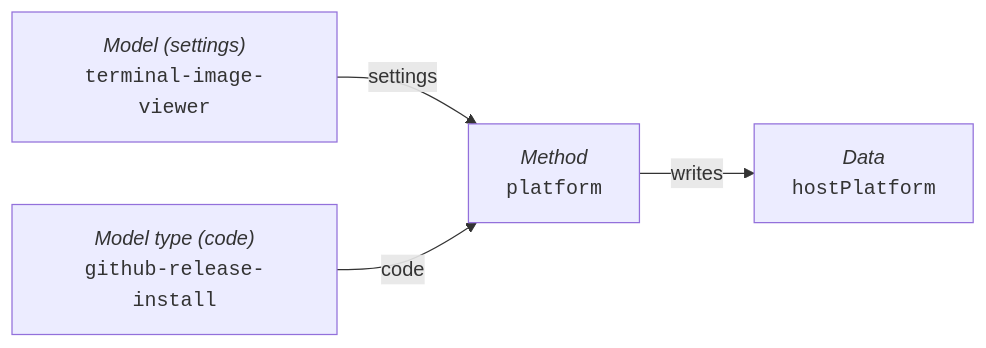
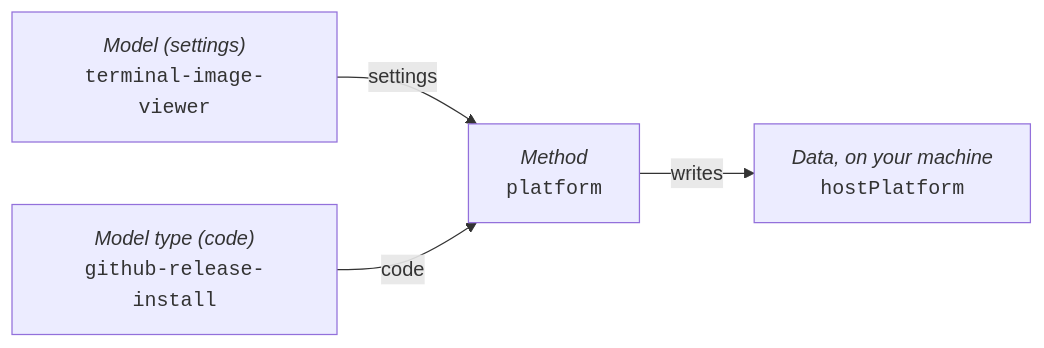
Before and after one commit to taylorific/swamp-training: the first of 4 diagrams in slides.md, drawn with Mermaid. The commit also changed other lines of this file, not shown here.

Commit message:
Clarify where data goes

````diff
--- a/slides.md
+++ b/slides.md
@@ -622,11 +624,11 @@
 ```mermaid {scale: 0.7}
 flowchart LR
     M["<i>Model (settings)</i><br/><code>terminal-image-viewer</code>"]
     T["<i>Model type (code)</i><br/><code>github-release-install</code>"]
     R["<i>Method</i><br/><code>platform</code>"]
-    D["<i>Data</i><br/><code>hostPlatform</code>"]
+    D["<i>Data, on your machine</i><br/><code>hostPlatform</code>"]
 
     M -->|"settings"| R
     T -->|"code"| R
     R -->|"writes"| D
 ```
````
